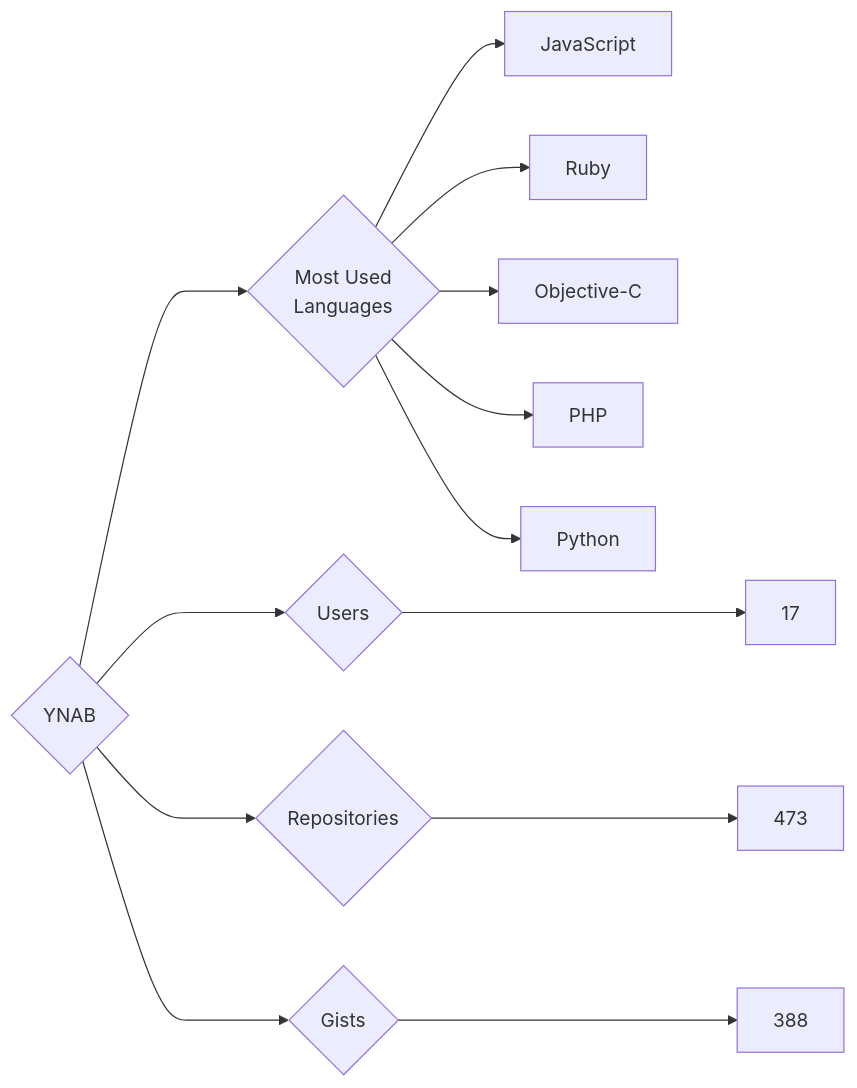
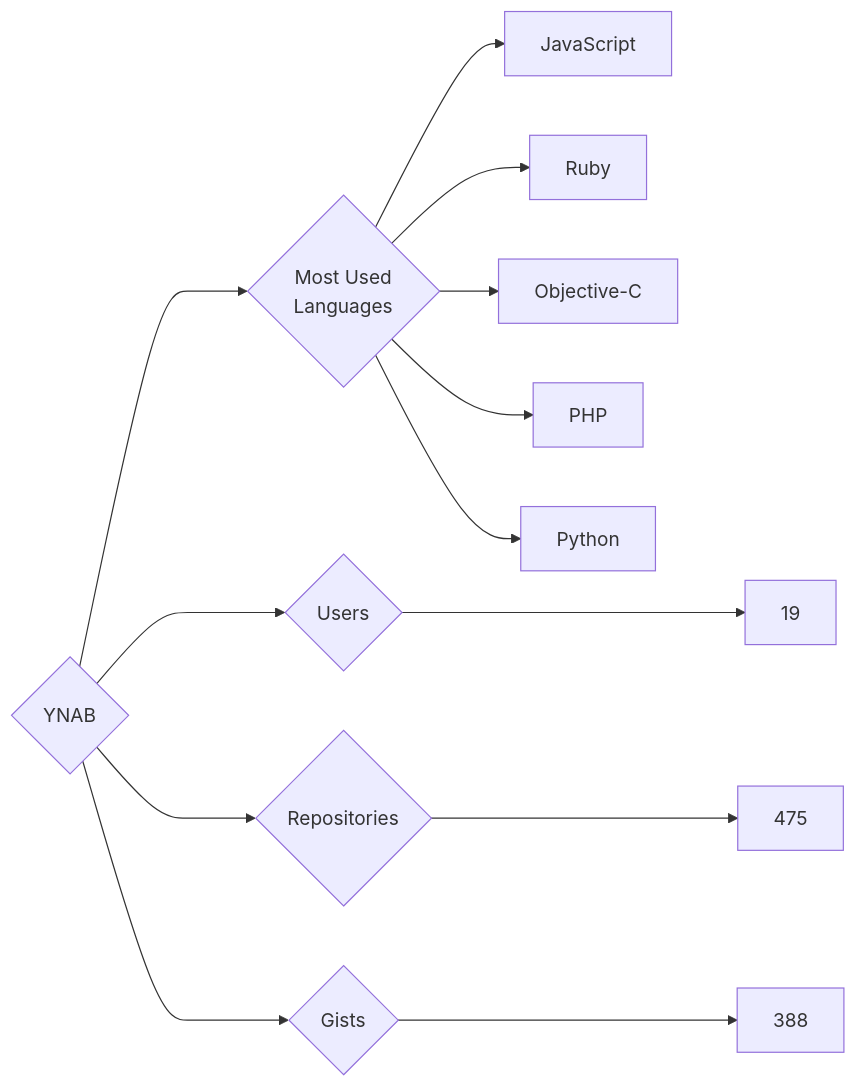
Before and after one commit to trickest/insiders: the diagram in targets/YNAB/README.md, drawn with Mermaid. The commit also changed 973 other files, not shown here.

````diff
--- a/targets/YNAB/README.md
+++ b/targets/YNAB/README.md
@@ -3,13 +3,13 @@
 ```mermaid
 graph LR
 COMPANY_NAME{YNAB}
-COMPANY_NAME ---> U{Users} ---> UN[17]
-COMPANY_NAME ---> R{Repositories} ---> RN[473]
+COMPANY_NAME ---> U{Users} ---> UN[19]
+COMPANY_NAME ---> R{Repositories} ---> RN[475]
 COMPANY_NAME ---> G{Gists} ---> GN[388]
 COMPANY_NAME ---> ML{Most Used<br>Languages}
 ML --> JavaScript[JavaScript]
 ML --> Ruby[Ruby]
 ML --> Objective-C[Objective-C]
 ML --> PHP[PHP]
 ML --> Python[Python]
 ```
````
